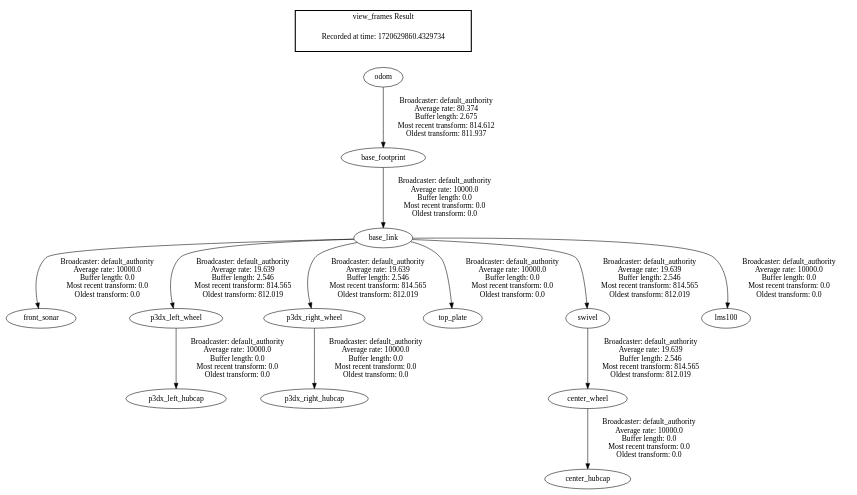
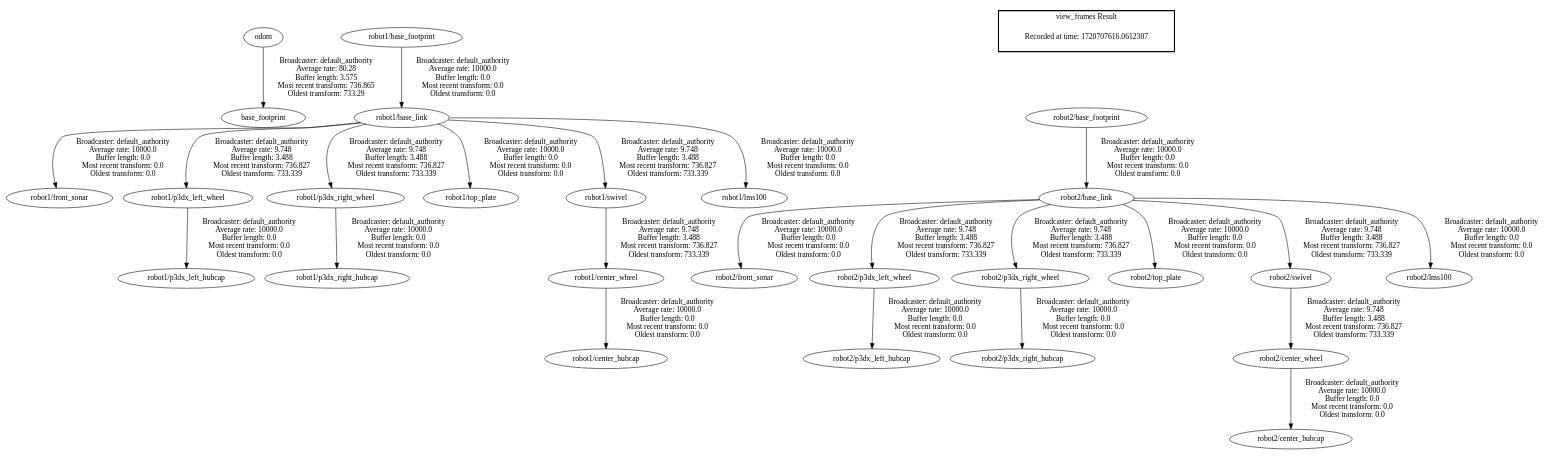
Before and after one commit to Ara-O/main_ws: the diagram in frames.gv, drawn with Graphviz. The commit also changed 4 other files, not shown here.

```diff
--- a/frames.gv
+++ b/frames.gv
@@ -1,18 +1,29 @@
 digraph G {
-"odom" -> "base_footprint"[label=" Broadcaster: default_authority\nAverage rate: 80.374\nBuffer length: 2.675\nMost recent transform: 814.612\nOldest transform: 811.937\n"];
-"base_link" -> "front_sonar"[label=" Broadcaster: default_authority\nAverage rate: 10000.0\nBuffer length: 0.0\nMost recent transform: 0.0\nOldest transform: 0.0\n"];
-"base_footprint" -> "base_link"[label=" Broadcaster: default_authority\nAverage rate: 10000.0\nBuffer length: 0.0\nMost recent transform: 0.0\nOldest transform: 0.0\n"];
-"p3dx_left_wheel" -> "p3dx_left_hubcap"[label=" Broadcaster: default_authority\nAverage rate: 10000.0\nBuffer length: 0.0\nMost recent transform: 0.0\nOldest transform: 0.0\n"];
-"base_link" -> "p3dx_left_wheel"[label=" Broadcaster: default_authority\nAverage rate: 19.639\nBuffer length: 2.546\nMost recent transform: 814.565\nOldest transform: 812.019\n"];
-"p3dx_right_wheel" -> "p3dx_right_hubcap"[label=" Broadcaster: default_authority\nAverage rate: 10000.0\nBuffer length: 0.0\nMost recent transform: 0.0\nOldest transform: 0.0\n"];
-"base_link" -> "p3dx_right_wheel"[label=" Broadcaster: default_authority\nAverage rate: 19.639\nBuffer length: 2.546\nMost recent transform: 814.565\nOldest transform: 812.019\n"];
-"base_link" -> "top_plate"[label=" Broadcaster: default_authority\nAverage rate: 10000.0\nBuffer length: 0.0\nMost recent transform: 0.0\nOldest transform: 0.0\n"];
-"center_wheel" -> "center_hubcap"[label=" Broadcaster: default_authority\nAverage rate: 10000.0\nBuffer length: 0.0\nMost recent transform: 0.0\nOldest transform: 0.0\n"];
-"swivel" -> "center_wheel"[label=" Broadcaster: default_authority\nAverage rate: 19.639\nBuffer length: 2.546\nMost recent transform: 814.565\nOldest transform: 812.019\n"];
-"base_link" -> "lms100"[label=" Broadcaster: default_authority\nAverage rate: 10000.0\nBuffer length: 0.0\nMost recent transform: 0.0\nOldest transform: 0.0\n"];
-"base_link" -> "swivel"[label=" Broadcaster: default_authority\nAverage rate: 19.639\nBuffer length: 2.546\nMost recent transform: 814.565\nOldest transform: 812.019\n"];
+"odom" -> "base_footprint"[label=" Broadcaster: default_authority\nAverage rate: 80.28\nBuffer length: 3.575\nMost recent transform: 736.865\nOldest transform: 733.29\n"];
+"robot1/base_link" -> "robot1/front_sonar"[label=" Broadcaster: default_authority\nAverage rate: 10000.0\nBuffer length: 0.0\nMost recent transform: 0.0\nOldest transform: 0.0\n"];
+"robot1/base_footprint" -> "robot1/base_link"[label=" Broadcaster: default_authority\nAverage rate: 10000.0\nBuffer length: 0.0\nMost recent transform: 0.0\nOldest transform: 0.0\n"];
+"robot1/p3dx_left_wheel" -> "robot1/p3dx_left_hubcap"[label=" Broadcaster: default_authority\nAverage rate: 10000.0\nBuffer length: 0.0\nMost recent transform: 0.0\nOldest transform: 0.0\n"];
+"robot1/base_link" -> "robot1/p3dx_left_wheel"[label=" Broadcaster: default_authority\nAverage rate: 9.748\nBuffer length: 3.488\nMost recent transform: 736.827\nOldest transform: 733.339\n"];
+"robot1/p3dx_right_wheel" -> "robot1/p3dx_right_hubcap"[label=" Broadcaster: default_authority\nAverage rate: 10000.0\nBuffer length: 0.0\nMost recent transform: 0.0\nOldest transform: 0.0\n"];
+"robot1/base_link" -> "robot1/p3dx_right_wheel"[label=" Broadcaster: default_authority\nAverage rate: 9.748\nBuffer length: 3.488\nMost recent transform: 736.827\nOldest transform: 733.339\n"];
+"robot1/base_link" -> "robot1/top_plate"[label=" Broadcaster: default_authority\nAverage rate: 10000.0\nBuffer length: 0.0\nMost recent transform: 0.0\nOldest transform: 0.0\n"];
+"robot1/center_wheel" -> "robot1/center_hubcap"[label=" Broadcaster: default_authority\nAverage rate: 10000.0\nBuffer length: 0.0\nMost recent transform: 0.0\nOldest transform: 0.0\n"];
+"robot1/swivel" -> "robot1/center_wheel"[label=" Broadcaster: default_authority\nAverage rate: 9.748\nBuffer length: 3.488\nMost recent transform: 736.827\nOldest transform: 733.339\n"];
+"robot1/base_link" -> "robot1/lms100"[label=" Broadcaster: default_authority\nAverage rate: 10000.0\nBuffer length: 0.0\nMost recent transform: 0.0\nOldest transform: 0.0\n"];
+"robot2/base_link" -> "robot2/front_sonar"[label=" Broadcaster: default_authority\nAverage rate: 10000.0\nBuffer length: 0.0\nMost recent transform: 0.0\nOldest transform: 0.0\n"];
+"robot2/base_footprint" -> "robot2/base_link"[label=" Broadcaster: default_authority\nAverage rate: 10000.0\nBuffer length: 0.0\nMost recent transform: 0.0\nOldest transform: 0.0\n"];
+"robot2/p3dx_left_wheel" -> "robot2/p3dx_left_hubcap"[label=" Broadcaster: default_authority\nAverage rate: 10000.0\nBuffer length: 0.0\nMost recent transform: 0.0\nOldest transform: 0.0\n"];
+"robot2/base_link" -> "robot2/p3dx_left_wheel"[label=" Broadcaster: default_authority\nAverage rate: 9.748\nBuffer length: 3.488\nMost recent transform: 736.827\nOldest transform: 733.339\n"];
+"robot2/p3dx_right_wheel" -> "robot2/p3dx_right_hubcap"[label=" Broadcaster: default_authority\nAverage rate: 10000.0\nBuffer length: 0.0\nMost recent transform: 0.0\nOldest transform: 0.0\n"];
+"robot2/base_link" -> "robot2/p3dx_right_wheel"[label=" Broadcaster: default_authority\nAverage rate: 9.748\nBuffer length: 3.488\nMost recent transform: 736.827\nOldest transform: 733.339\n"];
+"robot2/base_link" -> "robot2/top_plate"[label=" Broadcaster: default_authority\nAverage rate: 10000.0\nBuffer length: 0.0\nMost recent transform: 0.0\nOldest transform: 0.0\n"];
+"robot2/center_wheel" -> "robot2/center_hubcap"[label=" Broadcaster: default_authority\nAverage rate: 10000.0\nBuffer length: 0.0\nMost recent transform: 0.0\nOldest transform: 0.0\n"];
+"robot2/swivel" -> "robot2/center_wheel"[label=" Broadcaster: default_authority\nAverage rate: 9.748\nBuffer length: 3.488\nMost recent transform: 736.827\nOldest transform: 733.339\n"];
+"robot2/base_link" -> "robot2/lms100"[label=" Broadcaster: default_authority\nAverage rate: 10000.0\nBuffer length: 0.0\nMost recent transform: 0.0\nOldest transform: 0.0\n"];
+"robot2/base_link" -> "robot2/swivel"[label=" Broadcaster: default_authority\nAverage rate: 9.748\nBuffer length: 3.488\nMost recent transform: 736.827\nOldest transform: 733.339\n"];
+"robot1/base_link" -> "robot1/swivel"[label=" Broadcaster: default_authority\nAverage rate: 9.748\nBuffer length: 3.488\nMost recent transform: 736.827\nOldest transform: 733.339\n"];
 edge [style=invis];
  subgraph cluster_legend { style=bold; color=black; label ="view_frames Result";
-"Recorded at time: 1720629860.4329734"[ shape=plaintext ] ;
-}->"odom";
+"Recorded at time: 1720707616.0612307"[ shape=plaintext ] ;
+}->"robot2/base_footprint";
 }
```
